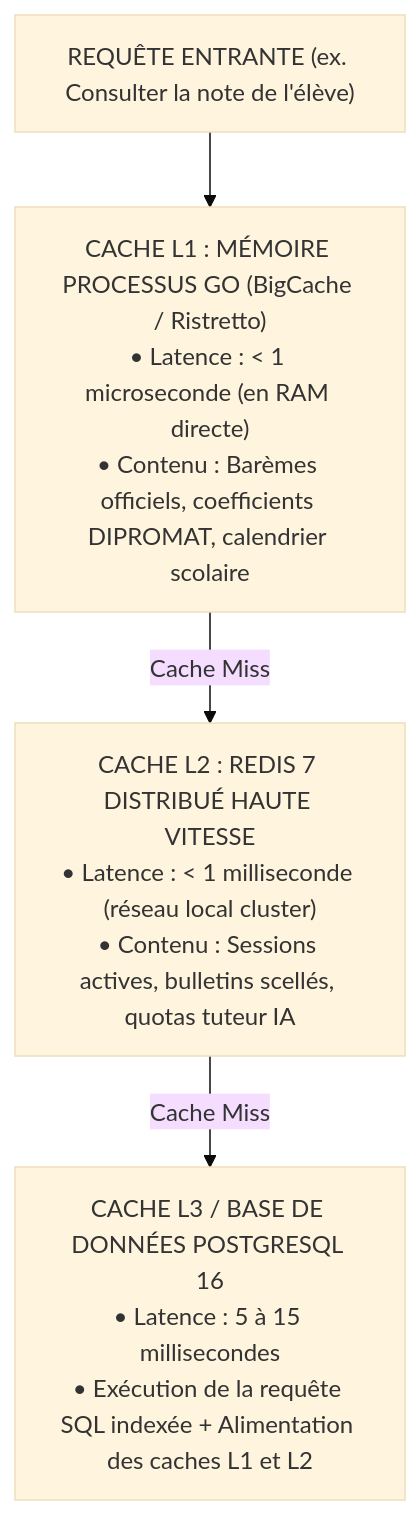
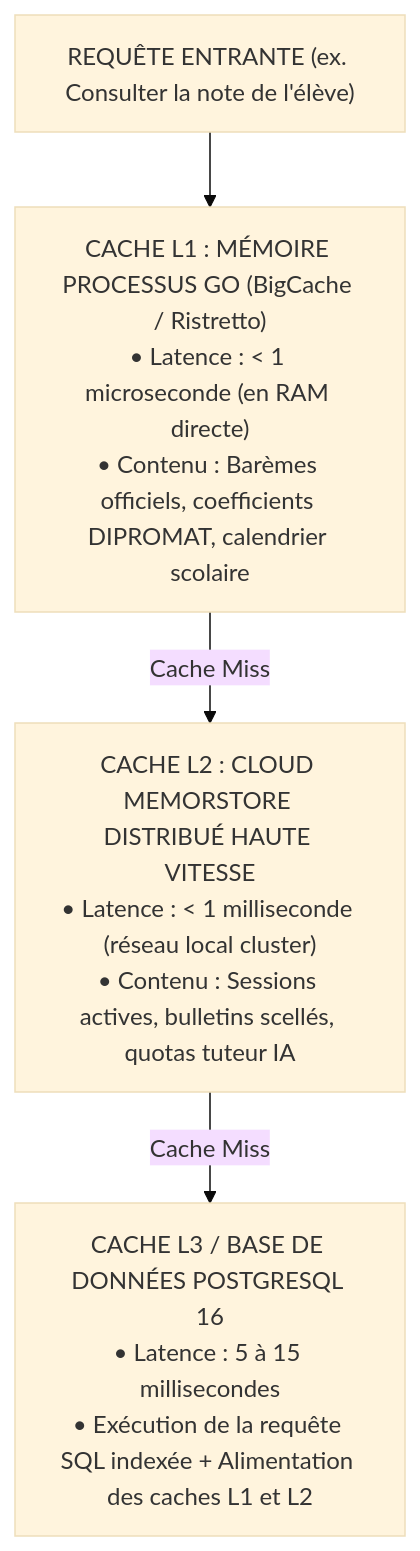
Before and after one commit to Adolphechris/clenel-elysium: the diagram in tome-7/125/README.md, drawn with Mermaid (base theme). The commit also changed other lines of this file and 39 other files, not shown here.

````diff
--- a/tome-7/125/README.md
+++ b/tome-7/125/README.md
@@ -20,10 +20,10 @@
 ```mermaid
 graph TD
     REQ["REQUÊTE ENTRANTE (ex. Consulter la note de l'élève)"]
     
     REQ --> L1["CACHE L1 : MÉMOIRE PROCESSUS GO (BigCache / Ristretto)\n• Latence : < 1 microseconde (en RAM directe)\n• Contenu : Barèmes officiels, coefficients DIPROMAT, calendrier scolaire"]
     
-    L1 -->|Cache Miss| L2["CACHE L2 : REDIS 7 DISTRIBUÉ HAUTE VITESSE\n• Latence : < 1 milliseconde (réseau local cluster)\n• Contenu : Sessions actives, bulletins scellés, quotas tuteur IA"]
+    L1 -->|Cache Miss| L2["CACHE L2 : CLOUD MEMORSTORE DISTRIBUÉ HAUTE VITESSE\n• Latence : < 1 milliseconde (réseau local cluster)\n• Contenu : Sessions actives, bulletins scellés, quotas tuteur IA"]
     
     L2 -->|Cache Miss| L3["CACHE L3 / BASE DE DONNÉES POSTGRESQL 16\n• Latence : 5 à 15 millisecondes\n• Exécution de la requête SQL indexée + Alimentation des caches L1 et L2"]
 ```
````
